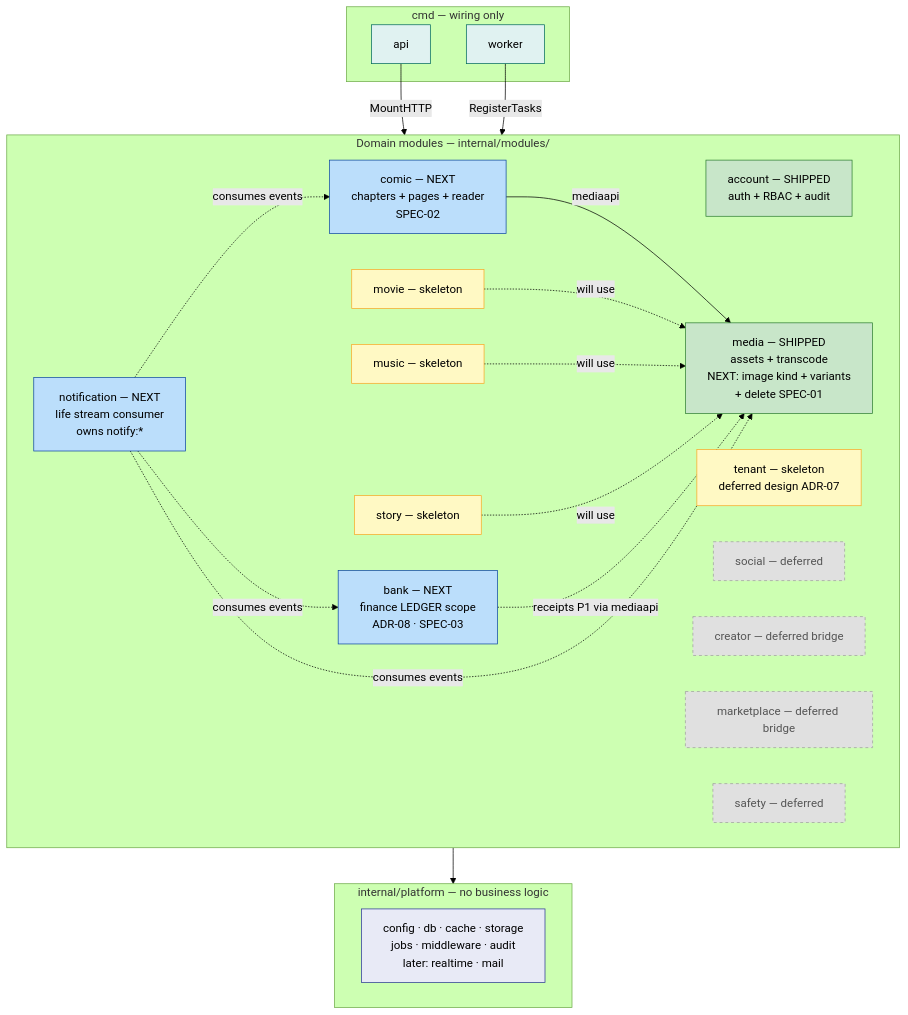
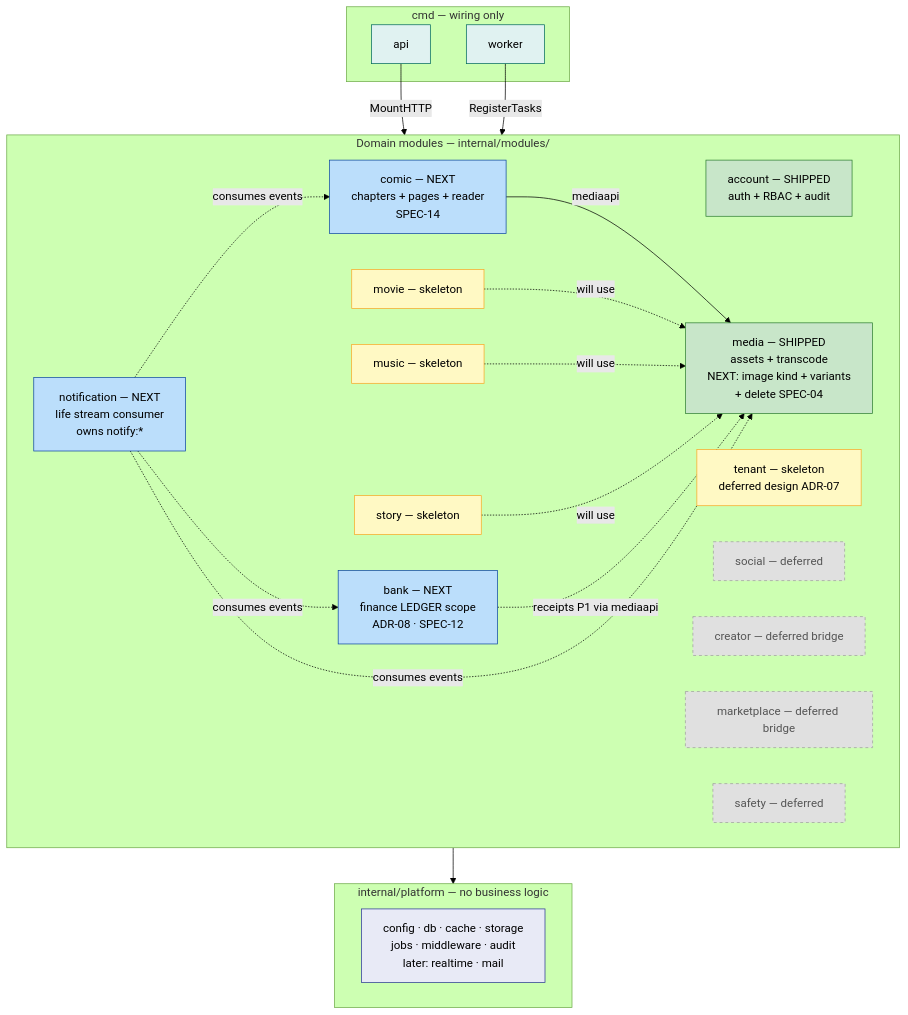
Before and after one commit to jackone2991/portal: the second of 8 diagrams in docs/architecture/diagrams.md, drawn with Mermaid (forest theme). The commit also changed other lines of this file and 49 other files, not shown here.

````diff
--- a/docs/architecture/diagrams.md
+++ b/docs/architecture/diagrams.md
@@ -100,49 +100,49 @@
 ```mermaid
 graph TB
     classDef shipped fill:#c8e6c9,stroke:#2e7d32,color:#000
     classDef next fill:#bbdefb,stroke:#0d47a1,color:#000
     classDef skel fill:#fff9c4,stroke:#f9a825,color:#000
     classDef deferred fill:#e0e0e0,stroke:#9e9e9e,color:#555,stroke-dasharray:4
     classDef plat fill:#e8eaf6,stroke:#283593,color:#000
     classDef cmd fill:#e0f2f1,stroke:#00695c,color:#000
 
     subgraph CMD[cmd — wiring only]
         api[api]:::cmd
         worker[worker]:::cmd
     end
 
     subgraph DOMAIN[Domain modules — internal/modules/]
         account[account — SHIPPED<br/>auth + RBAC + audit]:::shipped
-        media[media — SHIPPED<br/>assets + transcode<br/>NEXT: image kind + variants<br/>+ delete SPEC-01]:::shipped
-        comic[comic — NEXT<br/>chapters + pages + reader<br/>SPEC-02]:::next
-        bank[bank — NEXT<br/>finance LEDGER scope<br/>ADR-08 · SPEC-03]:::next
+        media[media — SHIPPED<br/>assets + transcode<br/>NEXT: image kind + variants<br/>+ delete SPEC-04]:::shipped
+        comic[comic — NEXT<br/>chapters + pages + reader<br/>SPEC-14]:::next
+        bank[bank — NEXT<br/>finance LEDGER scope<br/>ADR-08 · SPEC-12]:::next
         notification[notification — NEXT<br/>life stream consumer<br/>owns notify:*]:::next
         movie[movie — skeleton]:::skel
         music[music — skeleton]:::skel
         story[story — skeleton]:::skel
         tenant[tenant — skeleton<br/>deferred design ADR-07]:::skel
         social[social — deferred]:::deferred
         creator[creator — deferred bridge]:::deferred
         marketplace[marketplace — deferred bridge]:::deferred
         safety[safety — deferred]:::deferred
     end
 
     subgraph PLATFORM[internal/platform — no business logic]
         plat[config · db · cache · storage<br/>jobs · middleware · audit<br/>later: realtime · mail]:::plat
     end
 
     api -->|MountHTTP| DOMAIN
     worker -->|RegisterTasks| DOMAIN
 
     comic -->|mediaapi| media
     movie -.will use.-> media
     music -.will use.-> media
     story -.will use.-> media
     bank -.receipts P1 via mediaapi.-> media
 
     notification -.consumes events.-> media
     notification -.consumes events.-> comic
     notification -.consumes events.-> bank
 
     DOMAIN --> PLATFORM
 ```
````
